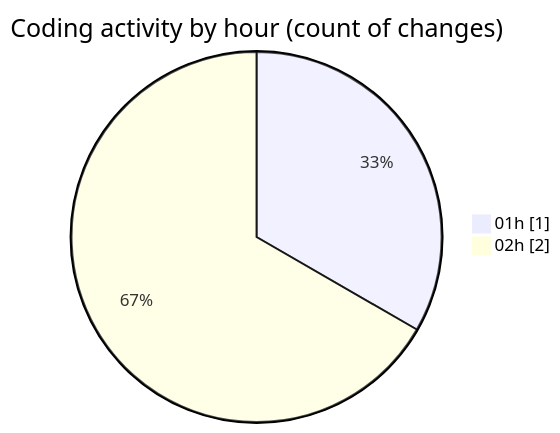
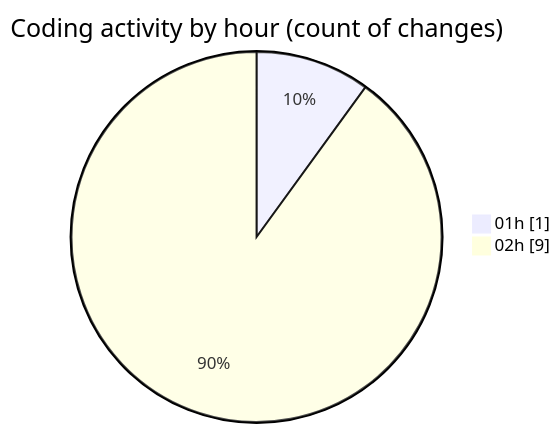
Before and after one commit to donsfak/code-tracking: the second of 2 diagrams in 2025-02-21/uber_clone/README.md, drawn with Mermaid. The commit also changed other lines of this file and 1 other file, not shown here.

````diff
--- a/2025-02-21/uber_clone/README.md
+++ b/2025-02-21/uber_clone/README.md
@@ -30,6 +35,6 @@
 ```mermaid
 pie showData
 title Coding activity by hour (count of changes)
 "01h" : 1
-"02h" : 2
+"02h" : 9
 ```
````
